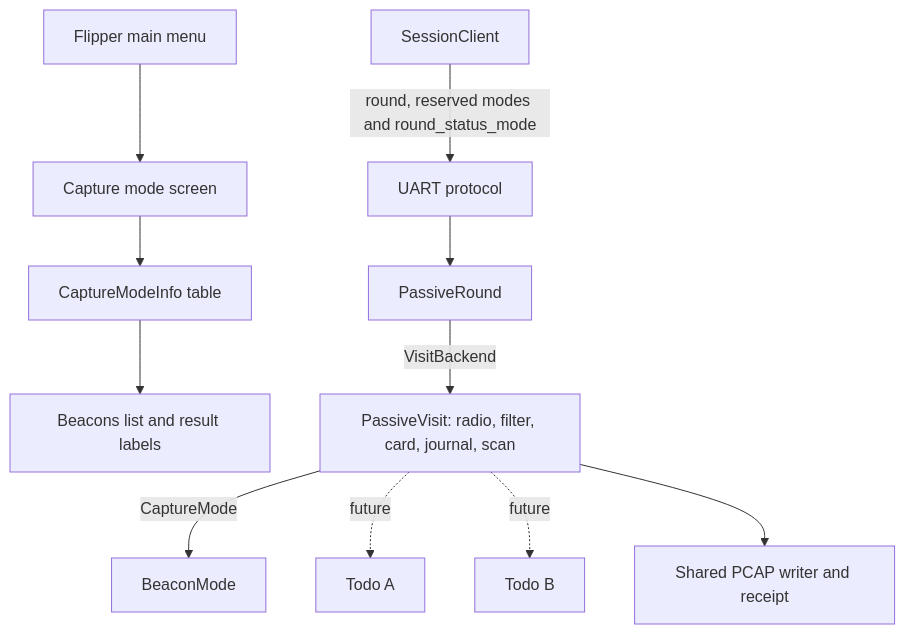
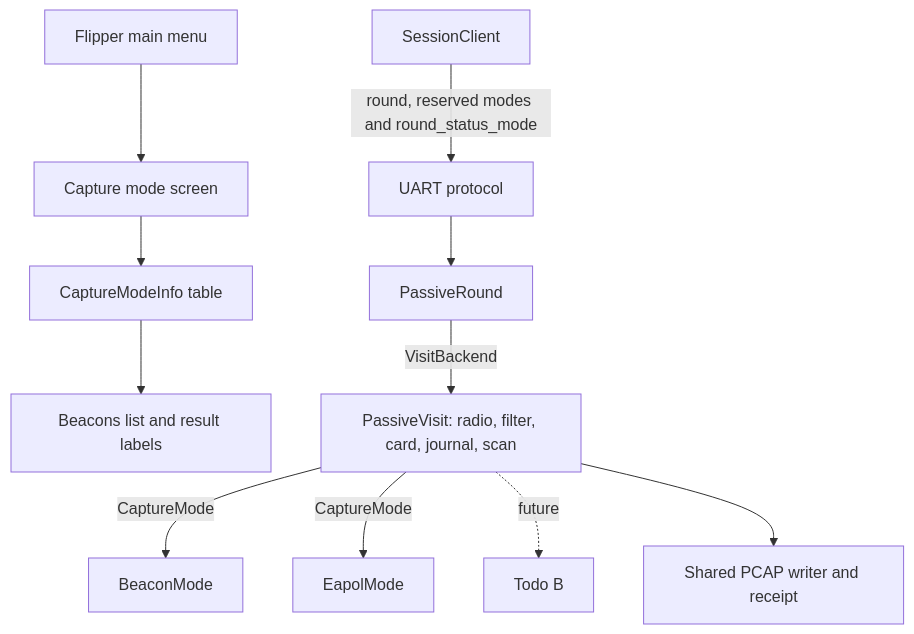
One commit to pavelzaitsau/airrounds changed the diagram in docs/capture-modes-design.md. Above: the diagram before and after it, drawn with Mermaid. The commit also changed other lines of this file and 42 other files, not shown here.

````diff
--- a/docs/capture-modes-design.md
+++ b/docs/capture-modes-design.md
@@ -30,13 +30,13 @@
 ```mermaid
 graph TD
   Menu[Flipper main menu] --> Screen[Capture mode screen]
   Screen --> Table[CaptureModeInfo table]
   Table --> Labels[Beacons list and result labels]
   Client[SessionClient] -->|round, reserved modes and round_status_mode| Wire[UART protocol]
   Wire --> Round[PassiveRound]
   Round -->|VisitBackend| Visit[PassiveVisit: radio, filter, card, journal, scan]
   Visit -->|CaptureMode| Beacon[BeaconMode]
-  Visit -.->|future| TodoA[Todo A]
+  Visit -->|CaptureMode| Eapol[EapolMode]
   Visit -.->|future| TodoB[Todo B]
   Visit --> Writer[Shared PCAP writer and receipt]
 ```
````
